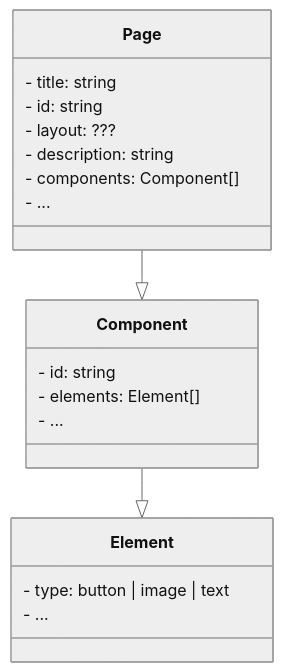
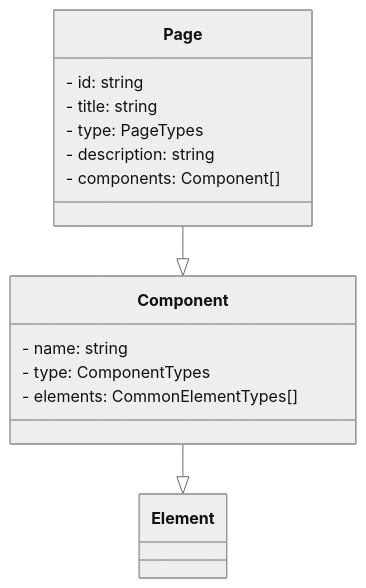
One commit to typescript-ohjelmointi/typescript-ohjelmointi.github.io changed the diagram in docs/harjoitukset/03-soveltavat.md. Above: the diagram before and after it, drawn with Mermaid (neutral theme). The commit also changed other lines of this file, not shown here.

````diff
--- a/docs/harjoitukset/03-soveltavat.md
+++ b/docs/harjoitukset/03-soveltavat.md
@@ -18,27 +38,21 @@
 ```mermaid
 classDiagram
 
-class Element {
-  - type: button | image | text
-  - ...
-}
-
 class Component {
-  - id: string
-  - elements: Element[]
-  - ...
+  - name: string
+  - type: ComponentTypes
+  - elements: CommonElementTypes[]
 }
 
 class Page {
+  - id: string
   - title: string
-  - id: string
-  - layout: ???
+  - type: PageTypes
   - description: string
   - components: Component[]
-  - ...
 }
 
 Component --|> Element
 
 Page --|> Component
 ```
````
